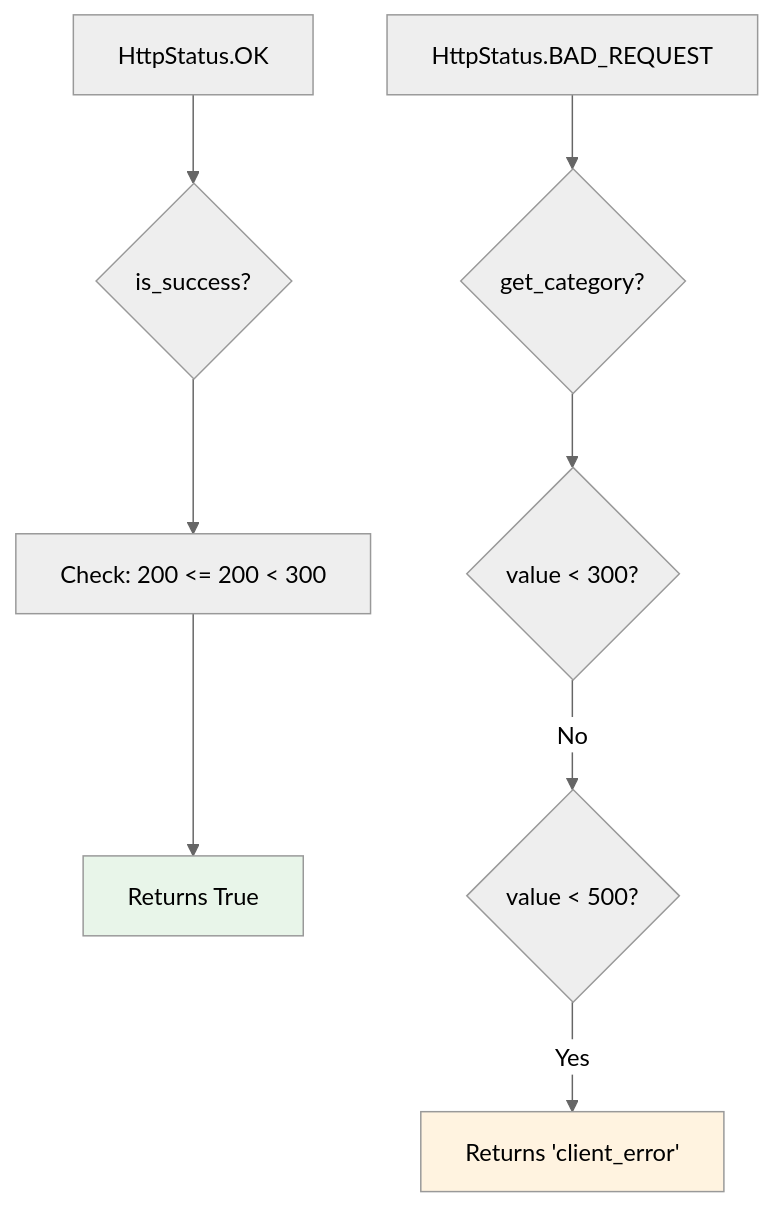
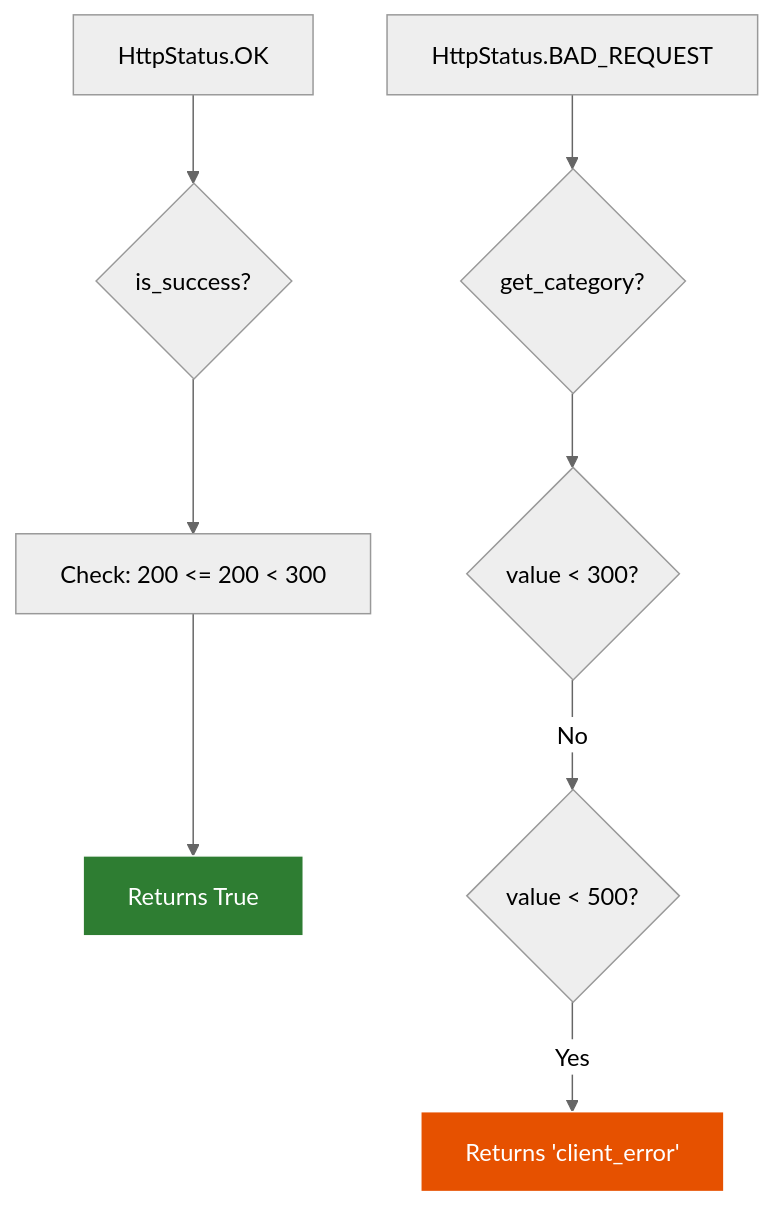
Before and after one commit to specialized806/jaseci: the first of 3 diagrams in jac/examples/reference/enumerations.md, drawn with Mermaid (neutral theme). The commit also changed other lines of this file and 13 other files, not shown here.

Commit message:
imporve spec diagram styles

````diff
--- a/jac/examples/reference/enumerations.md
+++ b/jac/examples/reference/enumerations.md
@@ -63,14 +63,14 @@
 ```mermaid
 graph TD
     A[HttpStatus.OK] --> B{is_success?}
     B --> C[Check: 200 <= 200 < 300]
     C --> D[Returns True]
 
     E[HttpStatus.BAD_REQUEST] --> F{get_category?}
     F --> G{value < 300?}
     G -->|No| H{value < 500?}
     H -->|Yes| I[Returns 'client_error']
 
-    style D fill:#e8f5e9
-    style I fill:#fff3e0
+    style D fill:#2e7d32,stroke:#fff,color:#fff
+    style I fill:#e65100,stroke:#fff,color:#fff
 ```
````
